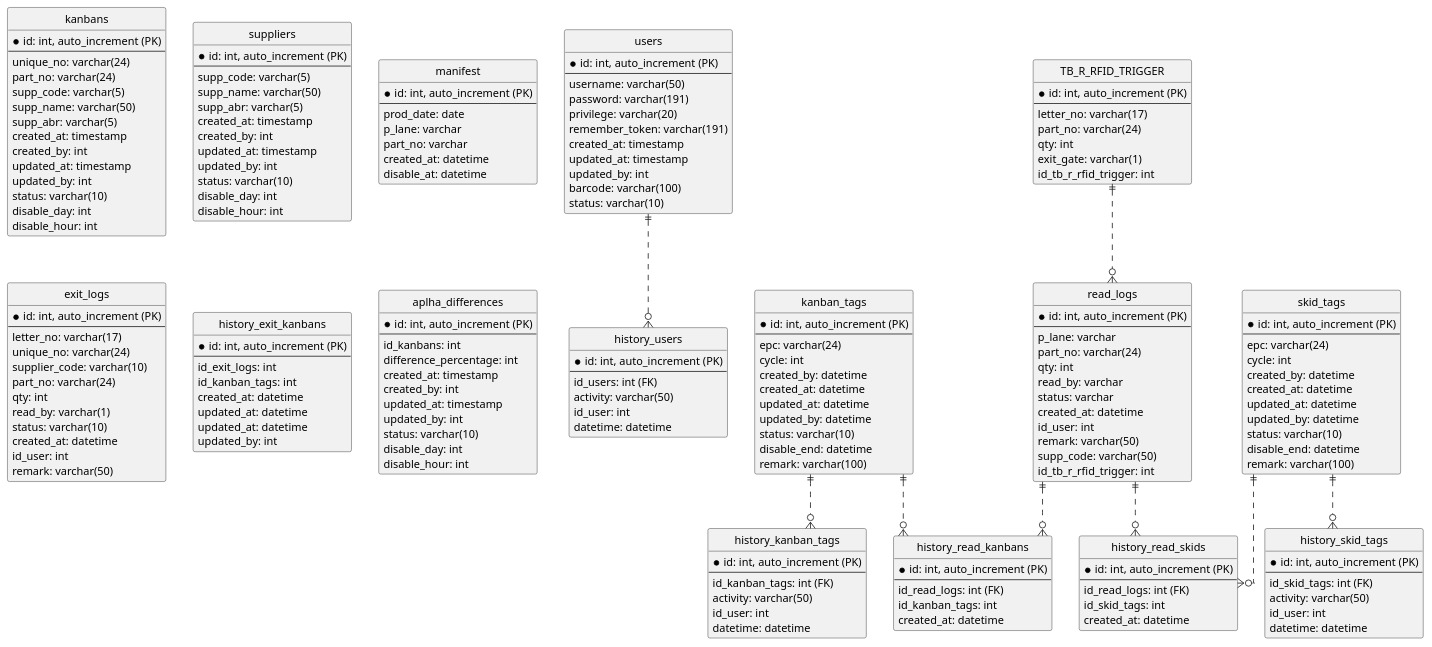
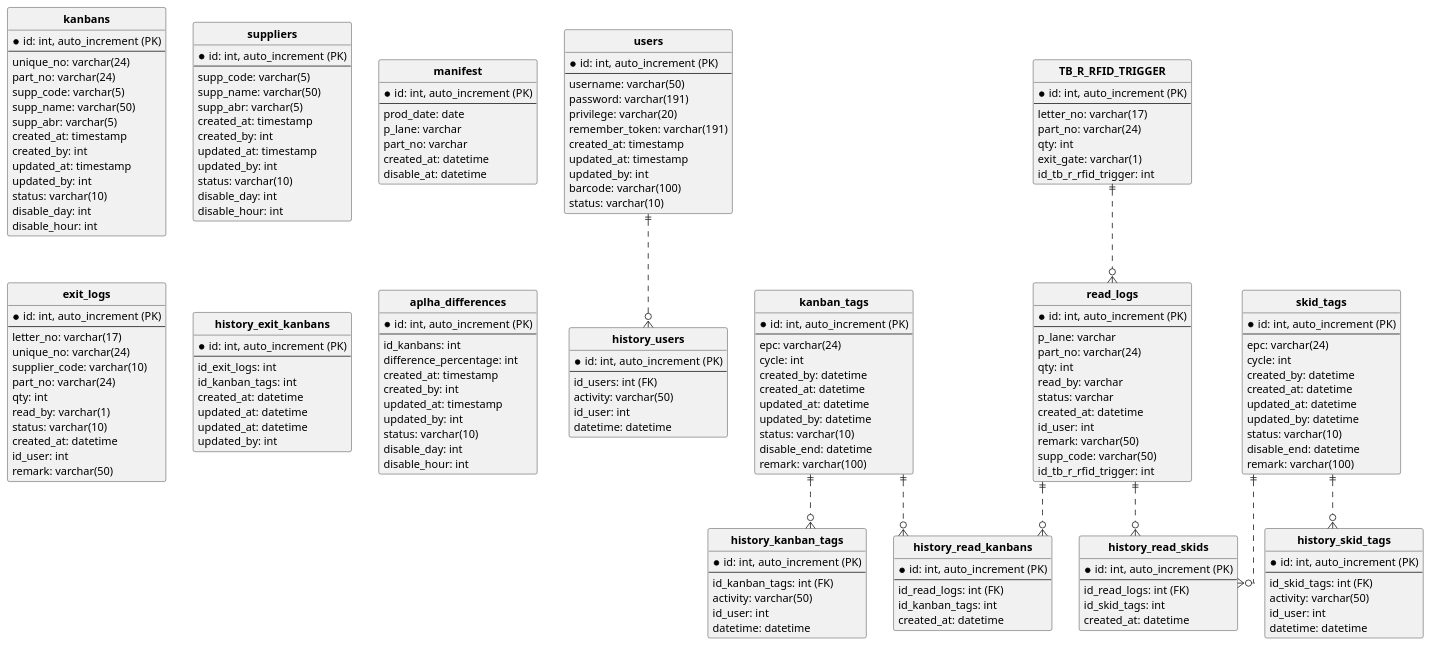
Before and after one commit to hariszaki17/ravellog-refactor: the diagram in erd.wsd, drawn with PlantUML. The commit also changed 2 other files, not shown here.

Commit message:
plantuml flowchart new

```diff
--- a/erd.wsd
+++ b/erd.wsd
@@ -5,7 +5,7 @@
 ' avoid problems with angled crows feet
 skinparam linetype ortho
 
-entity "users" as  usr {
+entity "**users**" as  usr {
   *id: int, auto_increment (PK)
   --
   username: varchar(50)
@@ -19,7 +19,7 @@
   status: varchar(10)
 }
 
-entity "history_users" as husr {
+entity "**history_users**" as husr {
   *id: int, auto_increment (PK)
   --
   id_users: int (FK)
@@ -28,7 +28,7 @@
   datetime: datetime
 }
 
-entity "kanban_tags" as kbt {
+entity "**kanban_tags**" as kbt {
   *id: int, auto_increment (PK)
   --
   epc: varchar(24)
@@ -42,7 +42,7 @@
   remark: varchar(100)
 }
 
-entity "skid_tags" as skt {
+entity "**skid_tags**" as skt {
   *id: int, auto_increment (PK)
   --
   epc: varchar(24)
@@ -56,7 +56,7 @@
   remark: varchar(100)
 }
 
-entity "history_kanban_tags" as hkbt {
+entity "**history_kanban_tags**" as hkbt {
   *id: int, auto_increment (PK)
   --
   id_kanban_tags: int (FK)
@@ -65,7 +65,7 @@
   datetime: datetime
 }
 
-entity "history_skid_tags" as hskt {
+entity "**history_skid_tags**" as hskt {
   *id: int, auto_increment (PK)
   --
   id_skid_tags: int (FK)
@@ -74,7 +74,7 @@
   datetime: datetime
 }
 
-entity "read_logs" as rl {
+entity "**read_logs**" as rl {
   *id: int, auto_increment (PK)
   --
   p_lane: varchar
@@ -89,7 +89,7 @@
   id_tb_r_rfid_trigger: int
 }
 
-entity "history_read_kanbans" as hrkb {
+entity "**history_read_kanbans**" as hrkb {
   *id: int, auto_increment (PK)
   --
   id_read_logs: int (FK)
@@ -98,7 +98,7 @@
 }
 
 
-entity "history_read_skids" as hrsk {
+entity "**history_read_skids**" as hrsk {
   *id: int, auto_increment (PK)
   --
   id_read_logs: int (FK)
@@ -106,7 +106,7 @@
   created_at: datetime
 }
 
-entity "kanbans" as kb {
+entity "**kanbans**" as kb {
   *id: int, auto_increment (PK)
   --
   unique_no: varchar(24)
@@ -123,7 +123,7 @@
   disable_hour: int
 }
 
-entity "suppliers" as sp {
+entity "**suppliers**" as sp {
   *id: int, auto_increment (PK)
   --
   supp_code: varchar(5)
@@ -138,7 +138,7 @@
   disable_hour: int
 }
 
-entity "manifest" as mfst {
+entity "**manifest**" as mfst {
   *id: int, auto_increment (PK)
   --
   prod_date: date
@@ -148,7 +148,7 @@
   disable_at: datetime
 }
 
-entity "exit_logs" as extl {
+entity "**exit_logs**" as extl {
   *id: int, auto_increment (PK)
   --
   letter_no: varchar(17)
@@ -163,7 +163,7 @@
   remark: varchar(50)
 }
 
-entity "history_exit_kanbans" as hextkb {
+entity "**history_exit_kanbans**" as hextkb {
   *id: int, auto_increment (PK)
   --
   id_exit_logs: int
@@ -174,7 +174,7 @@
   updated_by: int
 }
 
-entity "aplha_differences" as alpdiff {
+entity "**aplha_differences**" as alpdiff {
   *id: int, auto_increment (PK)
   --
   id_kanbans: int
@@ -188,7 +188,7 @@
   disable_hour: int
 }
 
-entity "TB_R_RFID_TRIGGER" as tbrrfidtgr {
+entity "**TB_R_RFID_TRIGGER**" as tbrrfidtgr {
   *id: int, auto_increment (PK)
   --
   letter_no: varchar(17)
```
